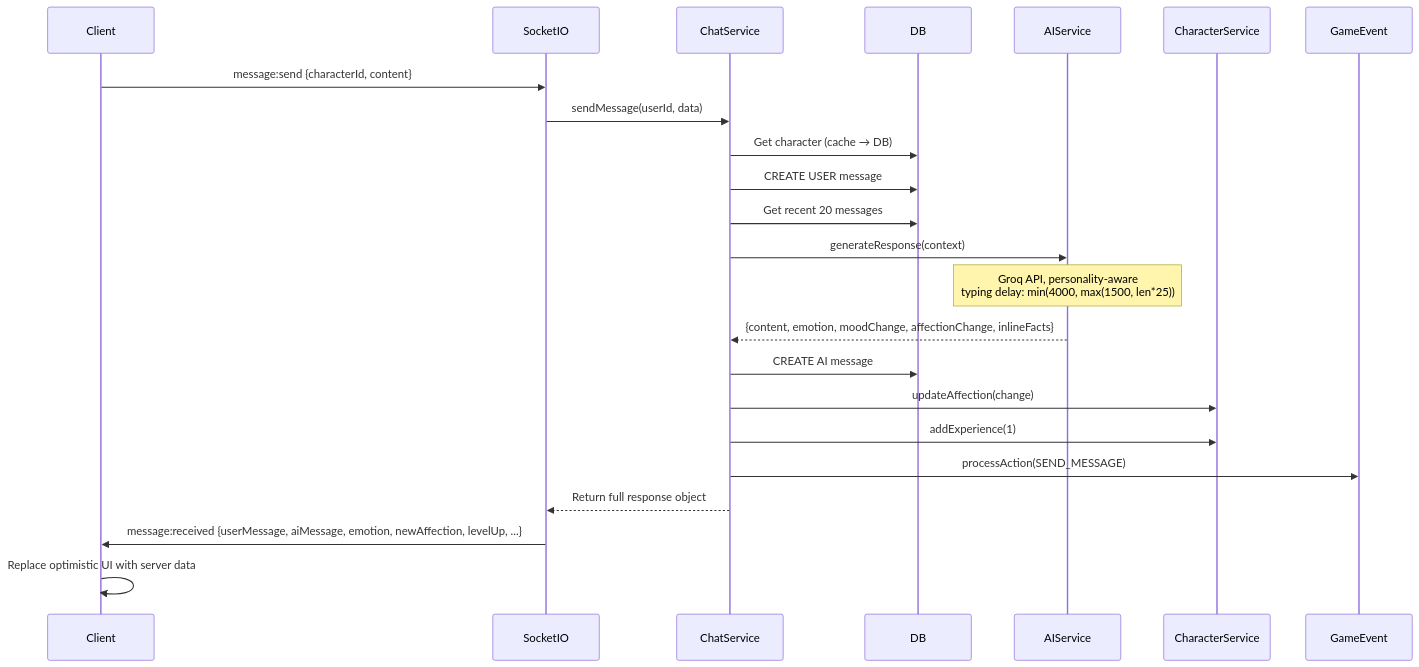
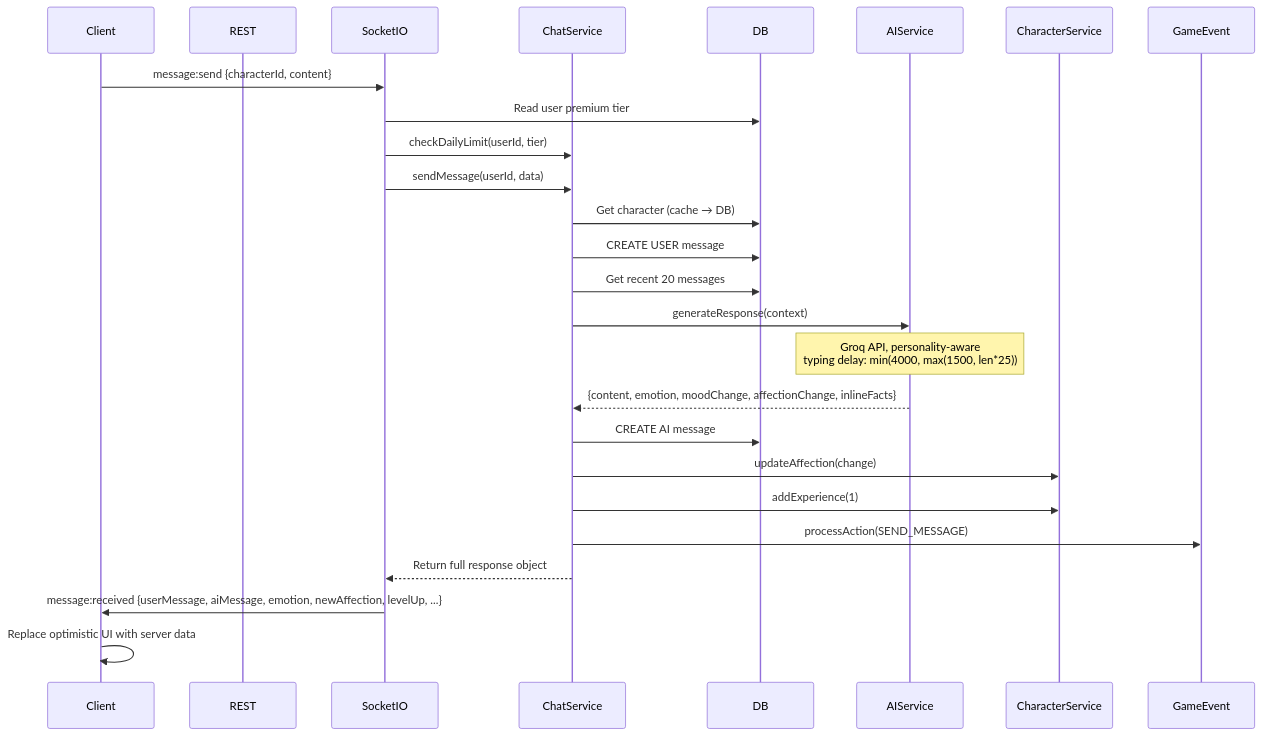
One commit to haidonglethqb/VirtualGfriend changed the diagram in docs/system/data-flows/chat-flow.md. Above: the diagram before and after it, drawn with Mermaid. The commit also changed other lines of this file and 45 other files, not shown here.

````diff
--- a/docs/system/data-flows/chat-flow.md
+++ b/docs/system/data-flows/chat-flow.md
@@ -8,26 +8,29 @@
 ```mermaid
 sequenceDiagram
     participant Client
+    participant REST
     participant SocketIO
     participant ChatService
     participant DB
     participant AIService
     participant CharacterService
     participant GameEvent
 
     Client->>SocketIO: message:send {characterId, content}
+    SocketIO->>DB: Read user premium tier
+    SocketIO->>ChatService: checkDailyLimit(userId, tier)
     SocketIO->>ChatService: sendMessage(userId, data)
     ChatService->>DB: Get character (cache → DB)
     ChatService->>DB: CREATE USER message
     ChatService->>DB: Get recent 20 messages
     ChatService->>AIService: generateResponse(context)
     Note over AIService: Groq API, personality-aware<br/>typing delay: min(4000, max(1500, len*25))
     AIService-->>ChatService: {content, emotion, moodChange, affectionChange, inlineFacts}
     ChatService->>DB: CREATE AI message
     ChatService->>CharacterService: updateAffection(change)
     ChatService->>CharacterService: addExperience(1)
     ChatService->>GameEvent: processAction(SEND_MESSAGE)
     ChatService-->>SocketIO: Return full response object
     SocketIO->>Client: message:received {userMessage, aiMessage, emotion, newAffection, levelUp, ...}
     Client->>Client: Replace optimistic UI with server data
 ```
````
